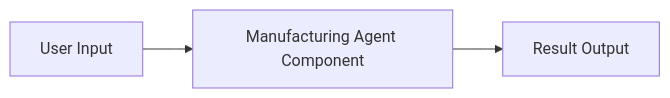
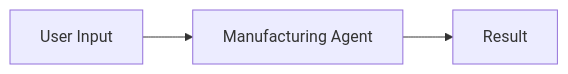
One commit to bongG-moon/agent_test_v2 changed the first of 3 diagrams in docs/LANGFLOW_CANVAS_EXAMPLE.md. Above: the diagram before and after it, drawn with Mermaid. The commit also changed other lines of this file and 10 other files, not shown here.

````diff
--- a/docs/LANGFLOW_CANVAS_EXAMPLE.md
+++ b/docs/LANGFLOW_CANVAS_EXAMPLE.md
@@ -9,5 +7,5 @@
 ```mermaid
 flowchart LR
-    A["User Input"] --> B["Manufacturing Agent Component"]
-    B --> C["Result Output"]
+    A["User Input"] --> B["Manufacturing Agent"]
+    B --> C["Result"]
 ```
````
